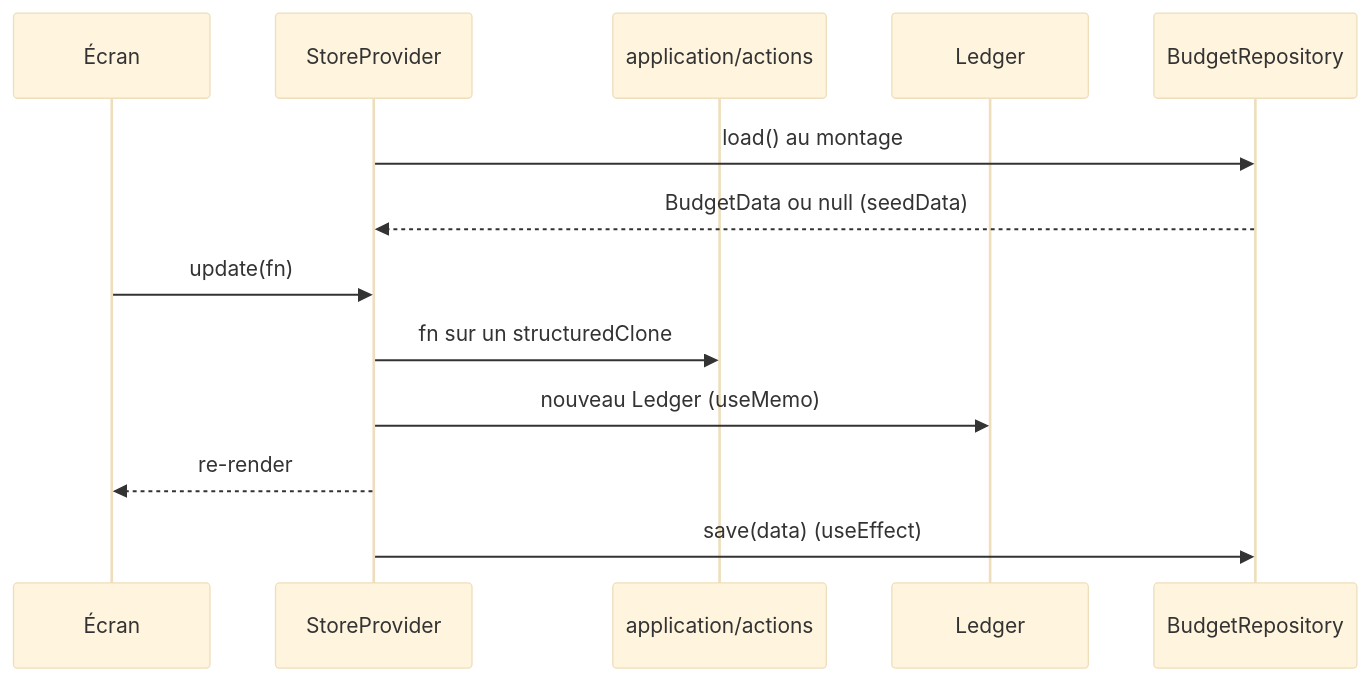
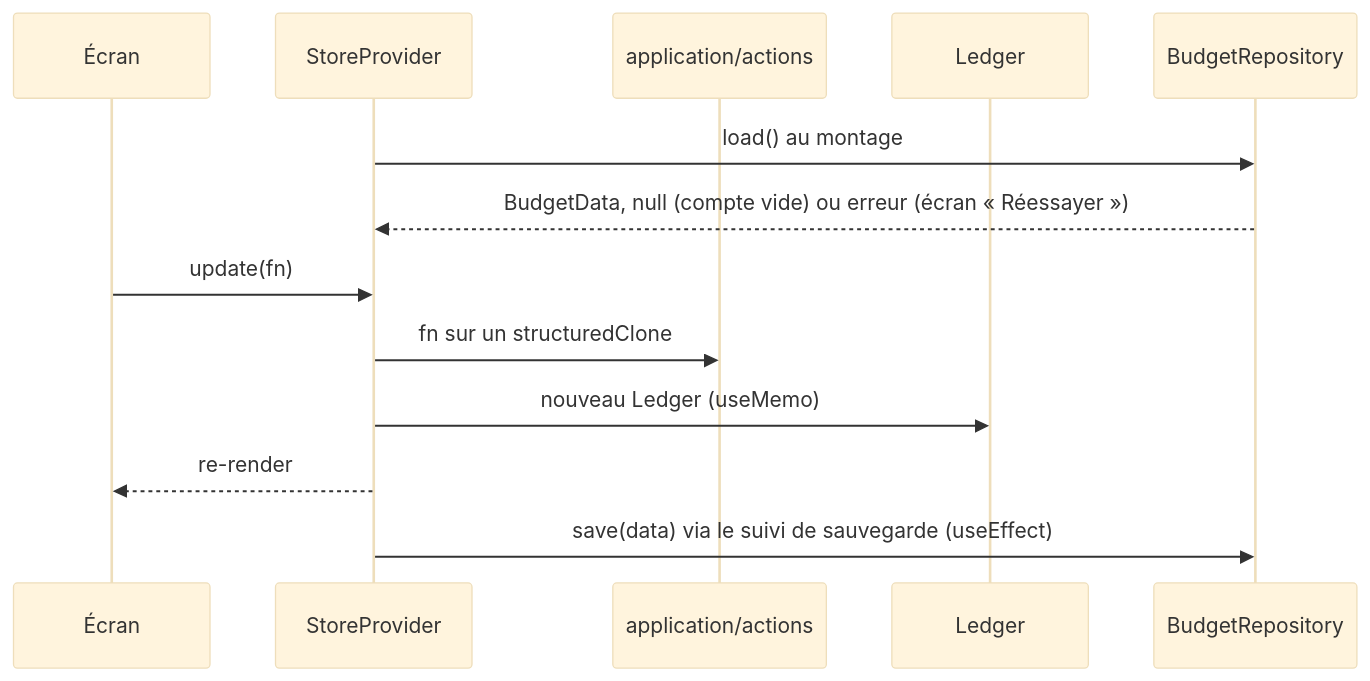
Before and after one commit to Schtroumphy/bm-digital: the second of 2 diagrams in docs/architecture.md, drawn with Mermaid (base theme). The commit also changed other lines of this file and 12 other files, not shown here.

Commit message:
✨ feat: authentification par e-mail et bannière d'erreur de sauvegarde

````diff
--- a/docs/architecture.md
+++ b/docs/architecture.md
@@ -92,16 +92,16 @@
 ```mermaid
 sequenceDiagram
   participant S as Écran
   participant St as StoreProvider
   participant D as application/actions
   participant L as Ledger
   participant R as BudgetRepository
 
   St->>R: load() au montage
-  R-->>St: BudgetData ou null (seedData)
+  R-->>St: BudgetData, null (compte vide) ou erreur (écran « Réessayer »)
   S->>St: update(fn)
   St->>D: fn sur un structuredClone
   St->>L: nouveau Ledger (useMemo)
   St-->>S: re-render
-  St->>R: save(data) (useEffect)
+  St->>R: save(data) via le suivi de sauvegarde (useEffect)
 ```
````
